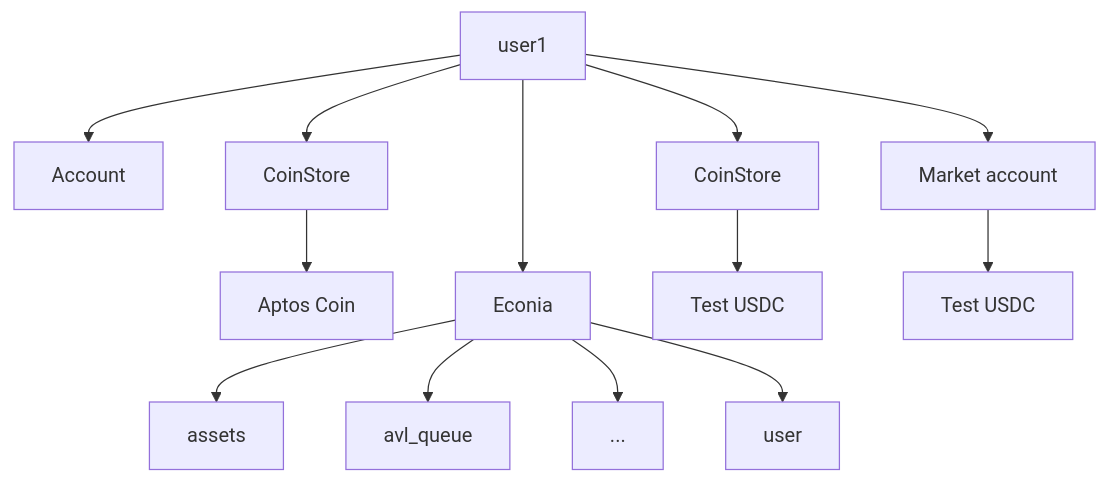
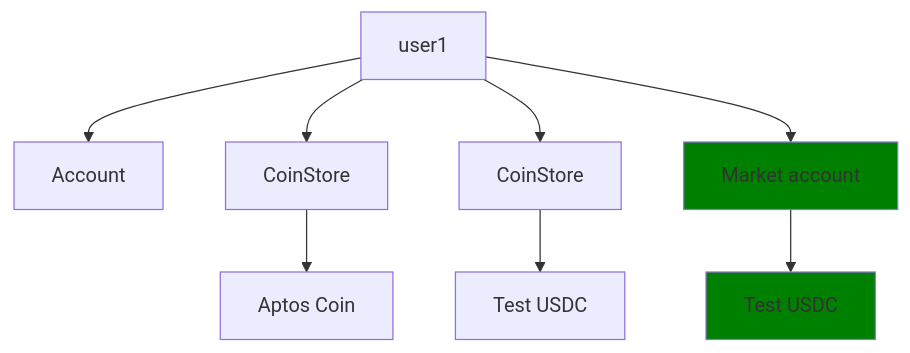
The seventh of 8 diagrams in README.md (econia-labs/amsterdam-2023-demo), drawn with Mermaid before and after one commit. The commit also changed other lines of this file, not shown here.

Commit message:
Refactor for 4 accounts, colored mermaid diffs

````diff
--- a/README.md
+++ b/README.md
@@ -277,17 +312,14 @@
    ```mermaid
 
    flowchart TD
 
    user1 --> account[Account]
    user1 --> apt_coinstore[CoinStore]
    apt_coinstore --> apt[Aptos Coin]
-   user1 ---> Econia
-   Econia --> assets
-   Econia --> avl_queue
-   Econia --> ...
-   Econia --> user
    user1 --> usdc_coinstore[CoinStore]
    usdc_coinstore --> usdc[Test USDC]
-   user1 --> market_account[Market account]
-   market_account --> usdcma[Test USDC]
+   user1 --> market_account[Market account]:::new
+   market_account --> usdcma[Test USDC]:::new
+
+   classDef new fill:green
    ```
````
